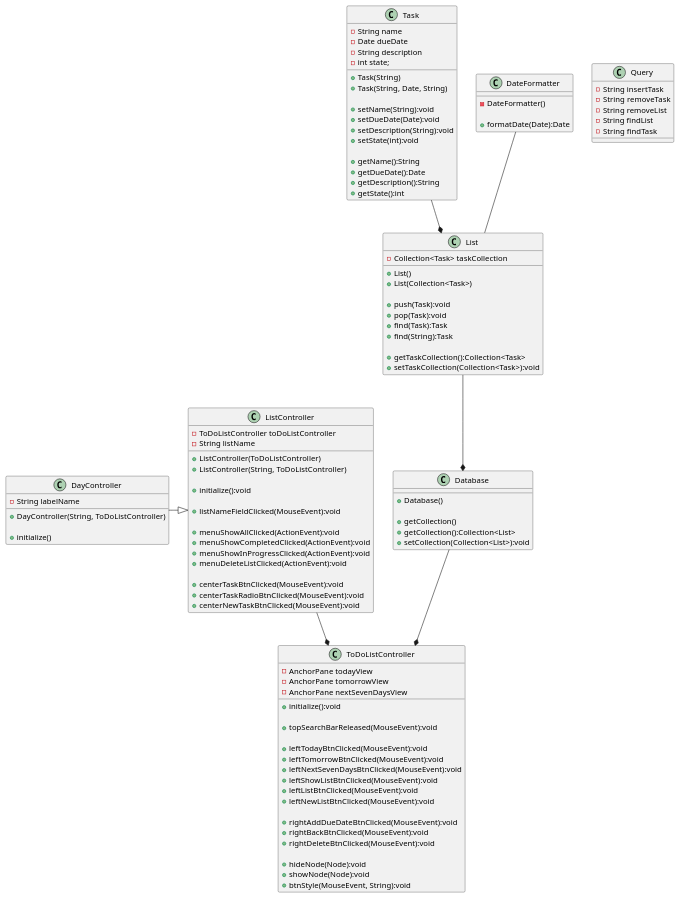
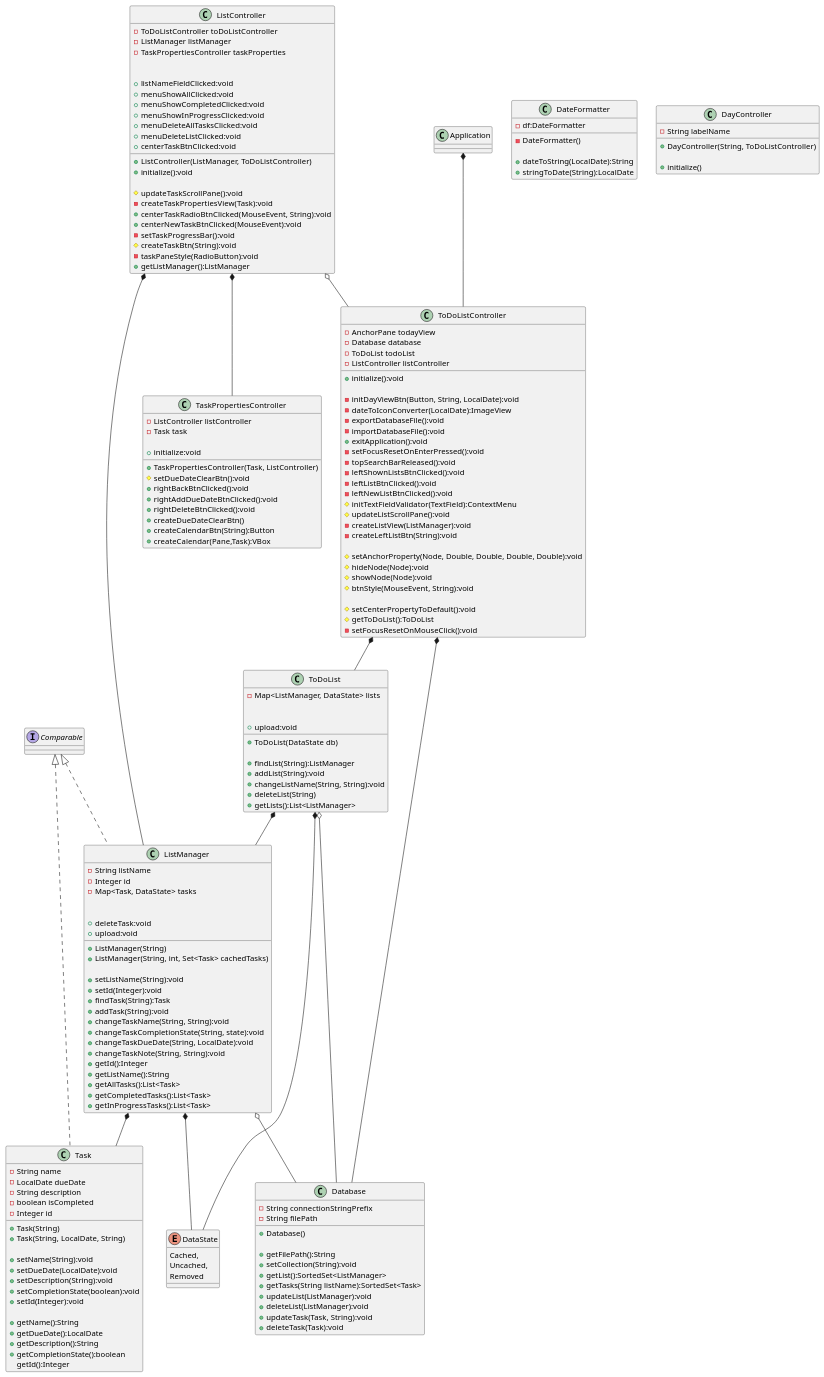
The diagram in uml/MainLogicClassDiagram.puml (mplekunov/ToDoListApplication), drawn with PlantUML before and after one commit. The commit also changed 26 other files, not shown here.

```diff
--- a/uml/MainLogicClassDiagram.puml
+++ b/uml/MainLogicClassDiagram.puml
@@ -1,122 +1,197 @@
 @startuml
 'https://plantuml.com/class-diagram
 
-class Task {
+class ToDoList {
+    -Map<ListManager, DataState> lists
+
+    +ToDoList(DataState db)
+
+    +findList(String):ListManager
+    +addList(String):void
+    +changeListName(String, String):void
+    +deleteList(String)
+    +upload:void
+    +getLists():List<ListManager>
+}
+
+class Application {}
+
+class Task implements Comparable {
     -String name
-    -Date dueDate
+    -LocalDate dueDate
     -String description
-    -int state;
+    -boolean isCompleted
+    -Integer id
 
     +Task(String)
-    +Task(String, Date, String)
+    +Task(String, LocalDate, String)
 
     +setName(String):void
-    +setDueDate(Date):void
+    +setDueDate(LocalDate):void
     +setDescription(String):void
-    +setState(int):void
+    +setCompletionState(boolean):void
+    +setId(Integer):void
 
     +getName():String
-    +getDueDate():Date
+    +getDueDate():LocalDate
     +getDescription():String
-    +getState():int
+    +getCompletionState():boolean
+    getId():Integer
 }
 
-class List {
-    -Collection<Task> taskCollection
+class TaskPropertiesController {
+    -ListController listController
+    -Task task
 
-    +List()
-    +List(Collection<Task>)
+    +TaskPropertiesController(Task, ListController)
+    +initialize:void
 
-    +push(Task):void
-    +pop(Task):void
-    +find(Task):Task
-    +find(String):Task
-
-    +getTaskCollection():Collection<Task>
-    +setTaskCollection(Collection<Task>):void
+    #setDueDateClearBtn():void
+    +rightBackBtnClicked():void
+    +rightAddDueDateBtnClicked():void
+    +rightDeleteBtnClicked():void
+    +createDueDateClearBtn()
+    +createCalendarBtn(String):Button
+    +createCalendar(Pane,Task):VBox
 }
 
 class DateFormatter {
+    -df:DateFormatter
+
     -DateFormatter()
 
-    +formatDate(Date):Date
+    +dateToString(LocalDate):String
+    +stringToDate(String):LocalDate
 }
 
 class ToDoListController {
     -AnchorPane todayView
-    -AnchorPane tomorrowView
-    -AnchorPane nextSevenDaysView
+    -Database database
+    -ToDoList todoList
+    -ListController listController
 
     +initialize():void
 
-    +topSearchBarReleased(MouseEvent):void
+    -initDayViewBtn(Button, String, LocalDate):void
+    -dateToIconConverter(LocalDate):ImageView
+    -exportDatabaseFile():void
+    -importDatabaseFile():void
+    +exitApplication():void
+    -setFocusResetOnEnterPressed():void
+    -topSearchBarReleased():void
+    -leftShownListsBtnClicked():void
+    -leftListBtnClicked():void
+    -leftNewListBtnClicked():void
+    #initTextFieldValidator(TextField):ContextMenu
+    #updateListScrollPane():void
+    -createListView(ListManager):void
+    -createLeftListBtn(String):void
 
-    +leftTodayBtnClicked(MouseEvent):void
-    +leftTomorrowBtnClicked(MouseEvent):void
-    +leftNextSevenDaysBtnClicked(MouseEvent):void
-    +leftShowListBtnClicked(MouseEvent):void
-    +leftListBtnClicked(MouseEvent):void
-    +leftNewListBtnClicked(MouseEvent):void
+    #setAnchorProperty(Node, Double, Double, Double, Double):void
+    #hideNode(Node):void
+    #showNode(Node):void
+    #btnStyle(MouseEvent, String):void
 
-    +rightAddDueDateBtnClicked(MouseEvent):void
-    +rightBackBtnClicked(MouseEvent):void
-    +rightDeleteBtnClicked(MouseEvent):void
+    #setCenterPropertyToDefault():void
+    #getToDoList():ToDoList
+    -setFocusResetOnMouseClick():void
+}
 
-    +hideNode(Node):void
-    +showNode(Node):void
-    +btnStyle(MouseEvent, String):void
+class ListManager implements Comparable {
+    -String listName
+    -Integer id
+    -Map<Task, DataState> tasks
+
+    +ListManager(String)
+    +ListManager(String, int, Set<Task> cachedTasks)
+
+    +setListName(String):void
+    +setId(Integer):void
+    +findTask(String):Task
+    +addTask(String):void
+    +changeTaskName(String, String):void
+    +changeTaskCompletionState(String, state):void
+    +changeTaskDueDate(String, LocalDate):void
+    +changeTaskNote(String, String):void
+    +deleteTask:void
+    +upload:void
+
+    +getId():Integer
+    +getListName():String
+    +getAllTasks():List<Task>
+    +getCompletedTasks():List<Task>
+    +getInProgressTasks():List<Task>
 }
+
 
 class ListController {
     -ToDoListController toDoListController
-    -String listName
+    -ListManager listManager
+    -TaskPropertiesController taskProperties
 
-    +ListController(ToDoListController)
-    +ListController(String, ToDoListController)
-
+    +ListController(ListManager, ToDoListController)
     +initialize():void
 
-    +listNameFieldClicked(MouseEvent):void
-
-    +menuShowAllClicked(ActionEvent):void
-    +menuShowCompletedClicked(ActionEvent):void
-    +menuShowInProgressClicked(ActionEvent):void
-    +menuDeleteListClicked(ActionEvent):void
-
-    +centerTaskBtnClicked(MouseEvent):void
-    +centerTaskRadioBtnClicked(MouseEvent):void
+    #updateTaskScrollPane():void
+    +listNameFieldClicked:void
+    +menuShowAllClicked:void
+    +menuShowCompletedClicked:void
+    +menuShowInProgressClicked:void
+    +menuDeleteAllTasksClicked:void
+    +menuDeleteListClicked:void
+    +centerTaskBtnClicked:void
+    -createTaskPropertiesView(Task):void
+    +centerTaskRadioBtnClicked(MouseEvent, String):void
     +centerNewTaskBtnClicked(MouseEvent):void
-
+    -setTaskProgressBar():void
+    #createTaskBtn(String):void
+    -taskPaneStyle(RadioButton):void
+    +getListManager():ListManager
 }
 
 class DayController {
     -String labelName
 
     +DayController(String, ToDoListController)
 
     +initialize()
 }
 
 class Database {
+    -String connectionStringPrefix
+    -String filePath
+
     +Database()
 
-    +getCollection()
-    +getCollection():Collection<List>
-    +setCollection(Collection<List>):void
+    +getFilePath():String
+    +setCollection(String):void
+    +getList():SortedSet<ListManager>
+    +getTasks(String listName):SortedSet<Task>
+    +updateList(ListManager):void
+    +deleteList(ListManager):void
+    +updateTask(Task, String):void
+    +deleteTask(Task):void
 }
 
-class Query {
-    -String insertTask
-    -String removeTask
-    -String removeList
-    -String findList
-    -String findTask
+enum DataState {
+    Cached,
+    Uncached,
+    Removed
 }
 
-Database --* ToDoListController
-List --* Database
-DayController -|> ListController
-ListController --* ToDoListController
-Task --* List
-DateFormatter -- List
+ListManager *-- Task
+ListManager *-- DataState
+ListManager o-- Database
+ToDoList *-- ListManager
+ToDoList *-- DataState
+ToDoList o-- Database
+
+ToDoListController *-- Database
+ToDoListController *-- ToDoList
+ListController o-- ToDoListController
+ListController *-- ListManager
+ListController *-- TaskPropertiesController
+
+Application *-- ToDoListController
+
 @enduml
```
